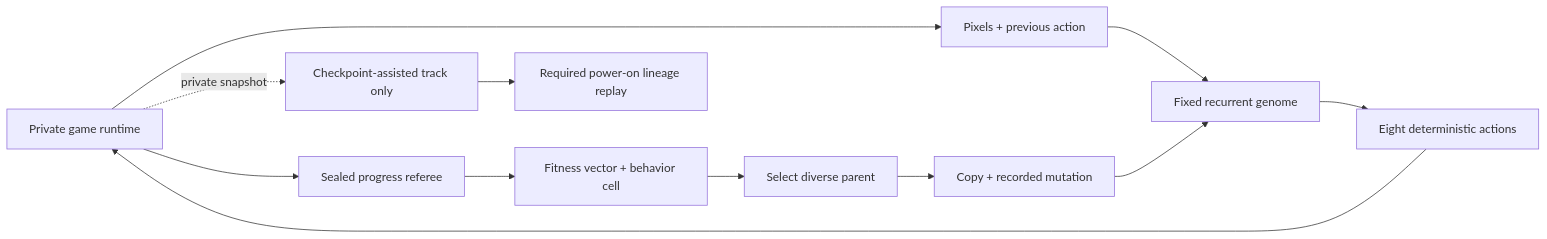
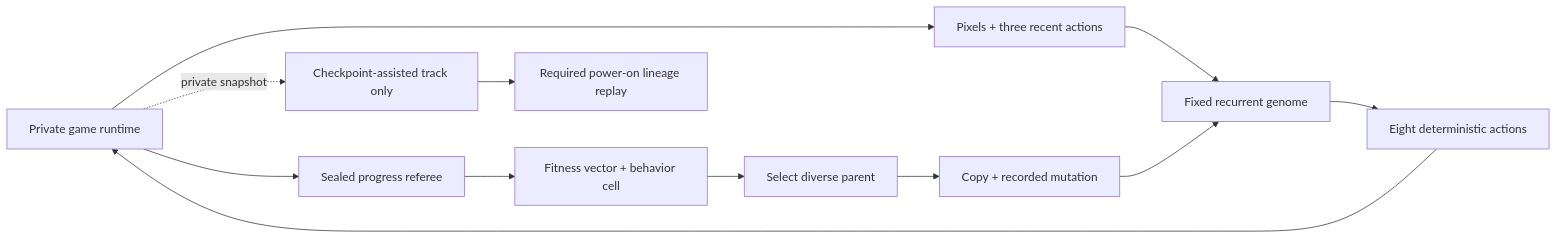
The second of 6 diagrams in docs/architecture.md (PeteAndrews1289/pokemon-red-ai), drawn with Mermaid before and after one commit. The commit also changed other lines of this file and 14 other files, not shown here.

````diff
--- a/docs/architecture.md
+++ b/docs/architecture.md
@@ -31,14 +31,14 @@
 ```mermaid
 flowchart LR
-    Runtime["Private game runtime"] --> Actor["Pixels + previous action"]
+    Runtime["Private game runtime"] --> Actor["Pixels + three recent actions"]
     Actor --> Genome["Fixed recurrent genome"]
     Genome --> Buttons["Eight deterministic actions"]
     Buttons --> Runtime
     Runtime --> Referee["Sealed progress referee"]
     Referee --> Archive["Fitness vector + behavior cell"]
     Archive --> Parent["Select diverse parent"]
     Parent --> Mutation["Copy + recorded mutation"]
     Mutation --> Genome
     Runtime -. "private snapshot" .-> Expedition["Checkpoint-assisted track only"]
     Expedition --> Replay["Required power-on lineage replay"]
 ```
````
